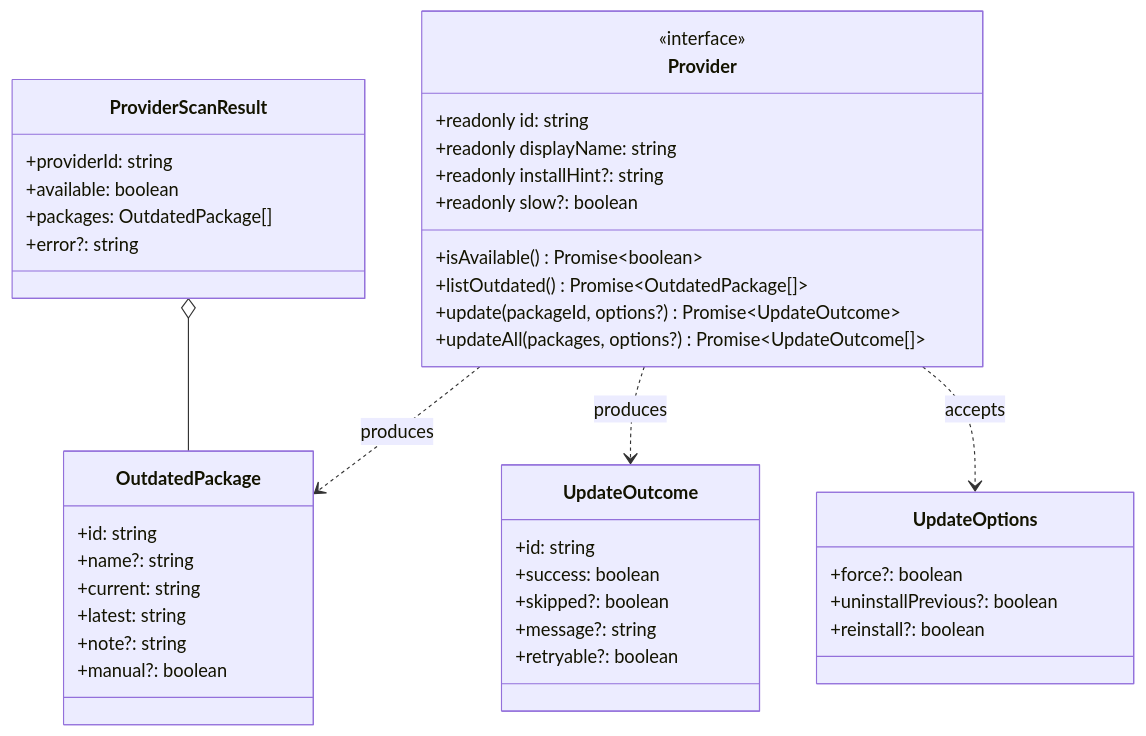
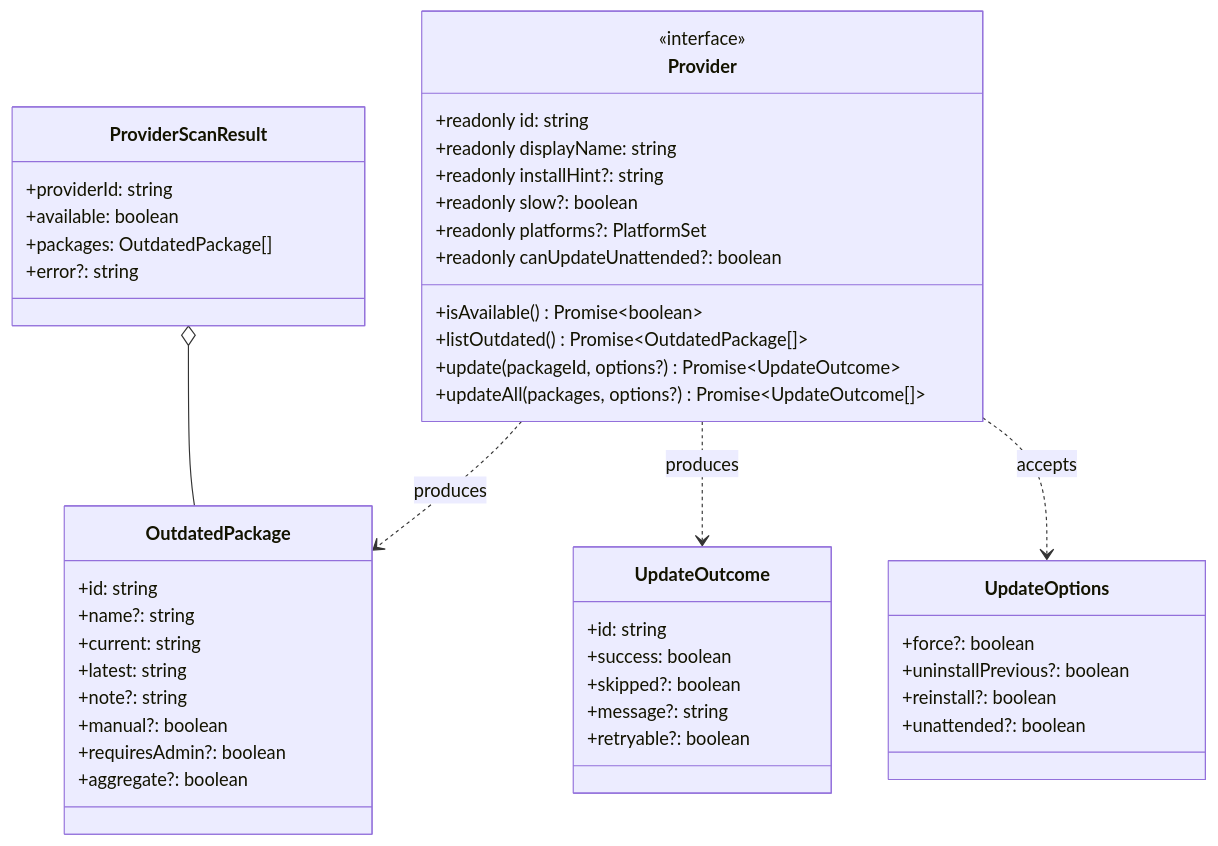
Before and after one commit to LINDECKER-Charles/gup: the third of 12 diagrams in docs/development/architecture.md, drawn with Mermaid. The commit also changed other lines of this file and 2 other files, not shown here.

First line of the commit message:
docs(architecture): redraw the layers, pipelines and run flows

````diff
--- a/docs/development/architecture.md
+++ b/docs/development/architecture.md
@@ -121,49 +136,54 @@
 ```mermaid
 classDiagram
     class Provider {
         <<interface>>
         +readonly id: string
         +readonly displayName: string
         +readonly installHint?: string
         +readonly slow?: boolean
+        +readonly platforms?: PlatformSet
+        +readonly canUpdateUnattended?: boolean
         +isAvailable() Promise~boolean~
         +listOutdated() Promise~OutdatedPackage[]~
         +update(packageId, options?) Promise~UpdateOutcome~
         +updateAll(packages, options?) Promise~UpdateOutcome[]~
     }
 
     class OutdatedPackage {
         +id: string
         +name?: string
         +current: string
         +latest: string
         +note?: string
         +manual?: boolean
+        +requiresAdmin?: boolean
+        +aggregate?: boolean
     }
 
     class UpdateOutcome {
         +id: string
         +success: boolean
         +skipped?: boolean
         +message?: string
         +retryable?: boolean
     }
 
     class UpdateOptions {
         +force?: boolean
         +uninstallPrevious?: boolean
         +reinstall?: boolean
+        +unattended?: boolean
     }
 
     class ProviderScanResult {
         +providerId: string
         +available: boolean
         +packages: OutdatedPackage[]
         +error?: string
     }
 
     Provider ..> OutdatedPackage : produces
     Provider ..> UpdateOutcome : produces
     Provider ..> UpdateOptions : accepts
     ProviderScanResult o-- OutdatedPackage
 ```
````
